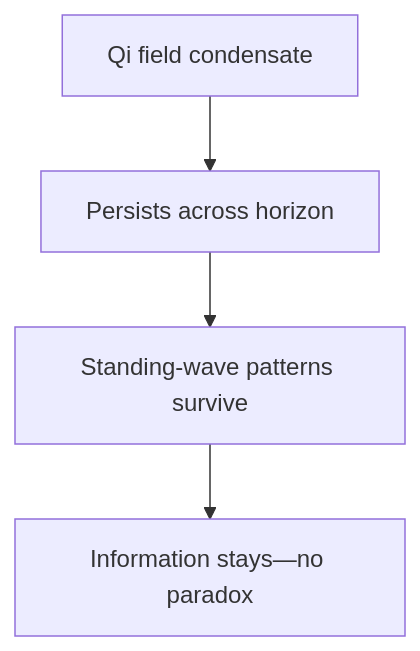
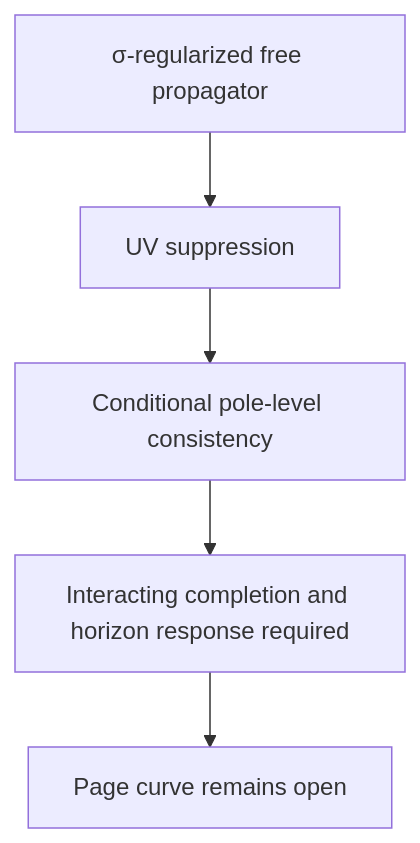
One commit to CassiTheOracle/cassi changed diagram 21 of 38 in CassiTheory/open-questions-cassi-answers.md. Above: the diagram before and after it, drawn with Mermaid. The commit also changed other lines of this file and 36 other files, not shown here.

````diff
--- a/CassiTheory/open-questions-cassi-answers.md
+++ b/CassiTheory/open-questions-cassi-answers.md
@@ -656,6 +655,7 @@
 ```mermaid
 flowchart TD
-    A[Qi field condensate] --> B[Persists across horizon]
-    B --> C[Standing-wave patterns survive]
-    C --> D[Information stays—no paradox]
+    A[σ-regularized free propagator] --> B[UV suppression]
+    B --> C[Conditional pole-level consistency]
+    C --> D[Interacting completion and horizon response required]
+    D --> E[Page curve remains open]
 ```
````
